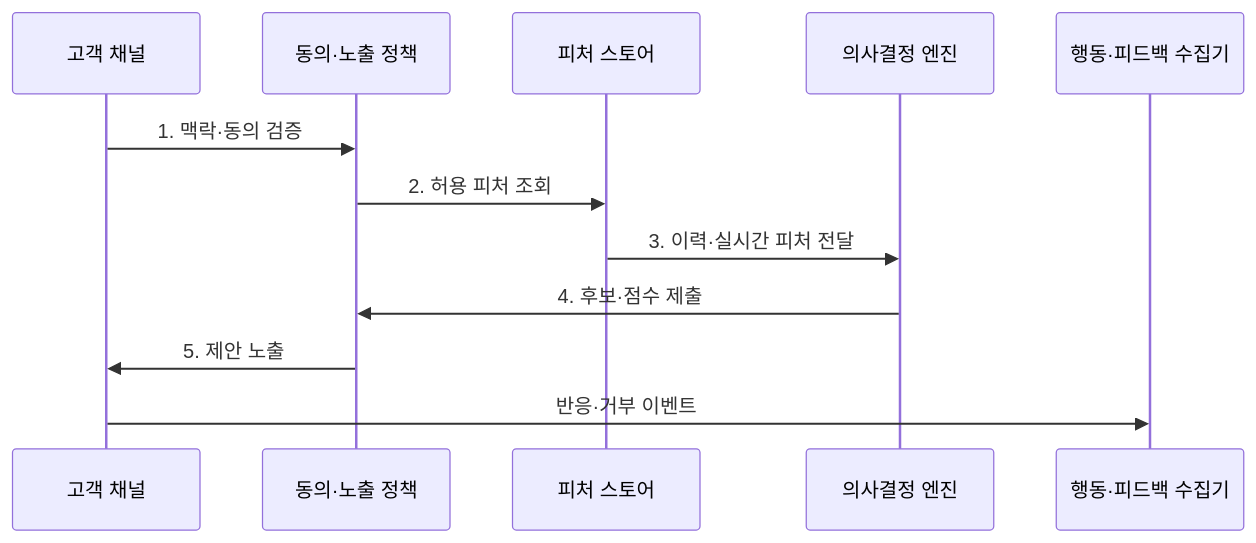
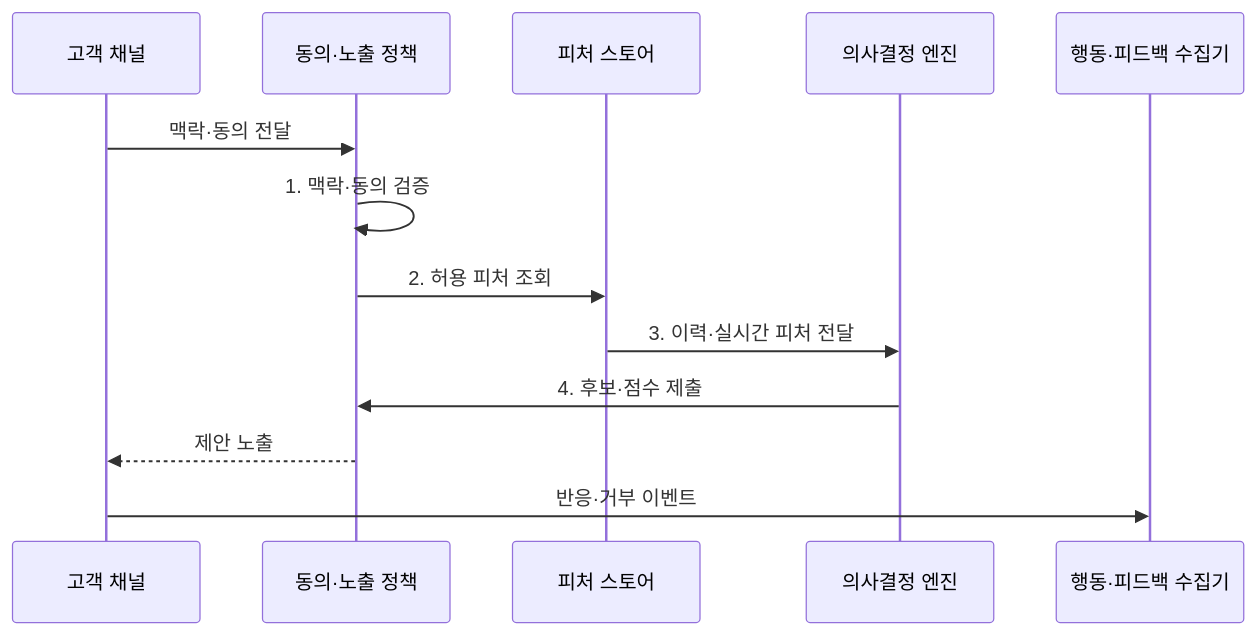
The second of 2 diagrams in src/content/docs/notes/03-software/210_hyper_personalization_service.md (agnusdei1207/knowledge-base), drawn with Mermaid before and after one commit. The commit also changed other lines of this file and 17 other files, not shown here.

````diff
--- a/src/content/docs/notes/03-software/210_hyper_personalization_service.md
+++ b/src/content/docs/notes/03-software/210_hyper_personalization_service.md
@@ -86,16 +86,17 @@
 ```mermaid
 sequenceDiagram
     participant C as 고객 채널
     participant P as 동의·노출 정책
     participant F as 피처 스토어
     participant D as 의사결정 엔진
     participant O as 행동·피드백 수집기
-    C->>P: 1. 맥락·동의 검증
+    C->>P: 맥락·동의 전달
+    P->>P: 1. 맥락·동의 검증
     P->>F: 2. 허용 피처 조회
     F->>D: 3. 이력·실시간 피처 전달
     D->>P: 4. 후보·점수 제출
-    P->>C: 5. 제안 노출
+    P-->>C: 제안 노출
     C->>O: 반응·거부 이벤트
 
 
 ```
````
